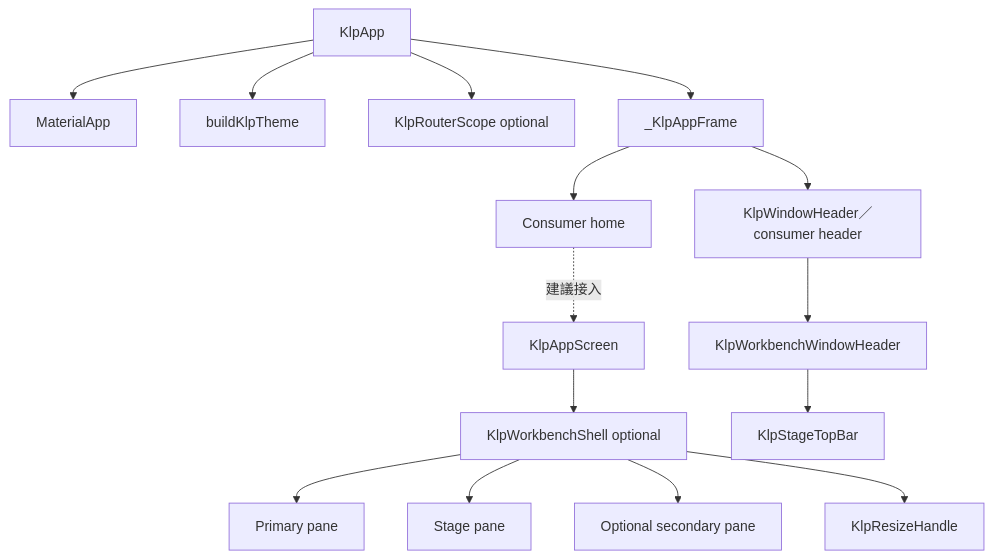
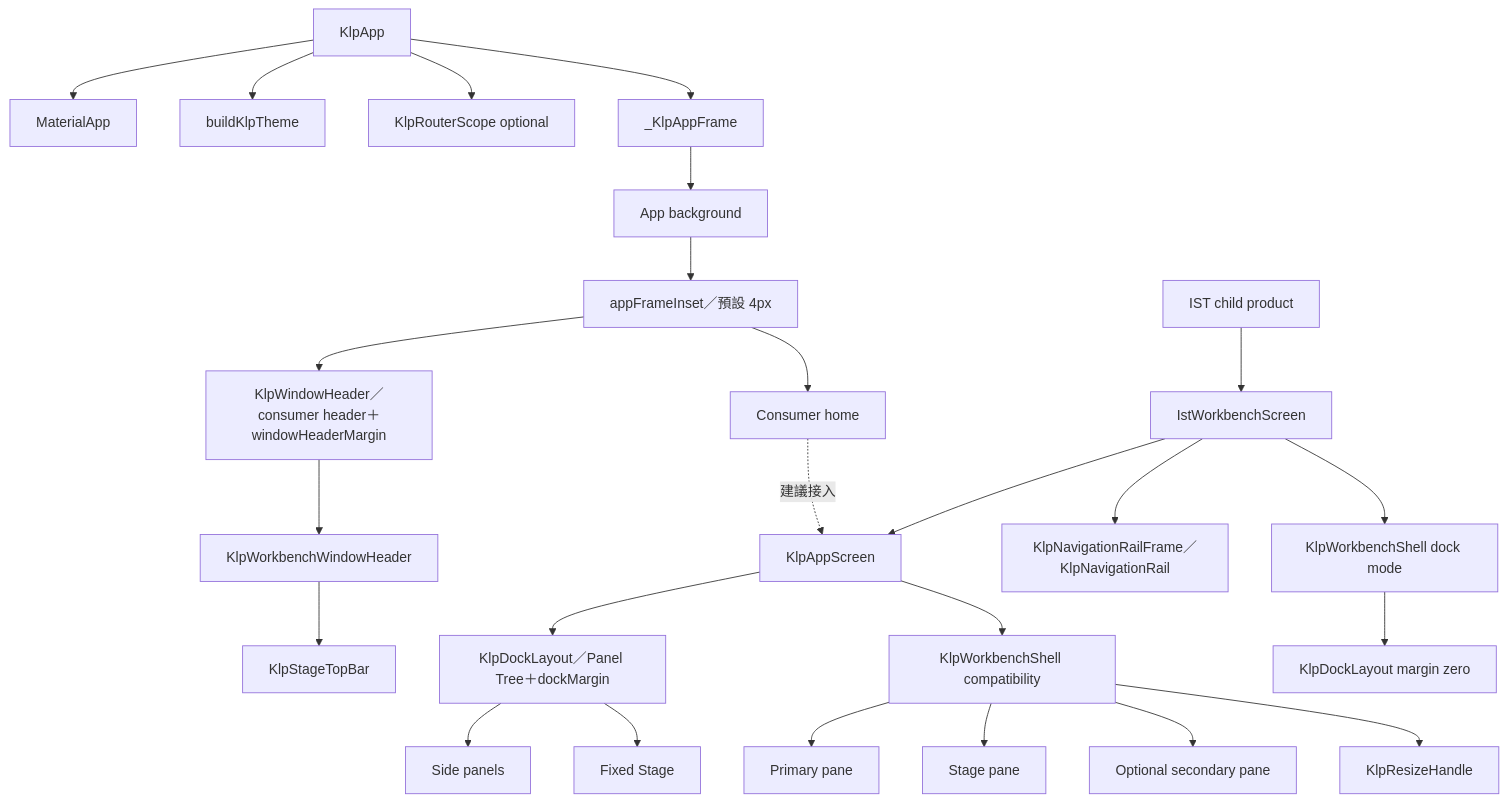
One commit to MiuDog/Kallopis changed the fifth of 11 diagrams in .agents/skills/kallopis-design-contract/references/design-knowledge/frontend-architecture.md. Above: the diagram before and after it, drawn with Mermaid. The commit also changed other lines of this file and 1105 other files, not shown here.

Commit message:
refactor: establish semantic design architecture

````diff
--- a/.agents/skills/kallopis-design-contract/references/design-knowledge/frontend-architecture.md
+++ b/.agents/skills/kallopis-design-contract/references/design-knowledge/frontend-architecture.md
@@ -69,17 +101,27 @@
 ```mermaid
 flowchart TD
     KlpApp[KlpApp] --> MaterialApp[MaterialApp]
     KlpApp --> ThemeBuilder[buildKlpTheme]
     KlpApp --> RouterScope[KlpRouterScope optional]
     KlpApp --> AppFrame[_KlpAppFrame]
-    AppFrame --> WindowHeader[KlpWindowHeader／consumer header]
-    AppFrame --> ConsumerHome[Consumer home]
+    AppFrame --> AppBackground[App background]
+    AppBackground --> AppPadding[appFrameInset／預設 4px]
+    AppPadding --> WindowHeader[KlpWindowHeader／consumer header＋windowHeaderMargin]
+    AppPadding --> ConsumerHome[Consumer home]
     ConsumerHome -. 建議接入 .-> AppScreen[KlpAppScreen]
-    AppScreen --> Workbench[KlpWorkbenchShell optional]
+    AppScreen --> Dock[KlpDockLayout／Panel Tree＋dockMargin]
+    IstProduct[IST child product] --> IstScreen[IstWorkbenchScreen]
+    IstScreen --> AppScreen
+    IstScreen --> ScreenRail[KlpNavigationRailFrame／KlpNavigationRail]
+    IstScreen --> ScreenShell[KlpWorkbenchShell dock mode]
+    ScreenShell --> ScreenDock[KlpDockLayout margin zero]
+    AppScreen --> Workbench[KlpWorkbenchShell compatibility]
+    Dock --> DockSidebar[Side panels]
+    Dock --> DockStage[Fixed Stage]
     Workbench --> Primary[Primary pane]
     Workbench --> Stage[Stage pane]
     Workbench --> Secondary[Optional secondary pane]
     Workbench --> Resize[KlpResizeHandle]
     WindowHeader --> WorkbenchHeader[KlpWorkbenchWindowHeader]
     WorkbenchHeader --> StageTopBar[KlpStageTopBar]
 ```
````
